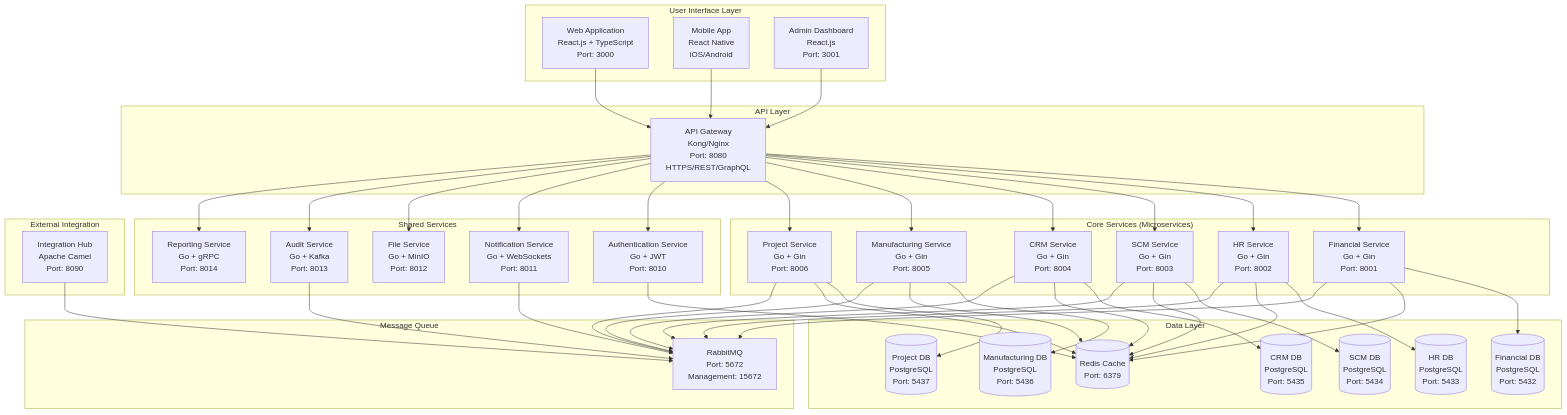
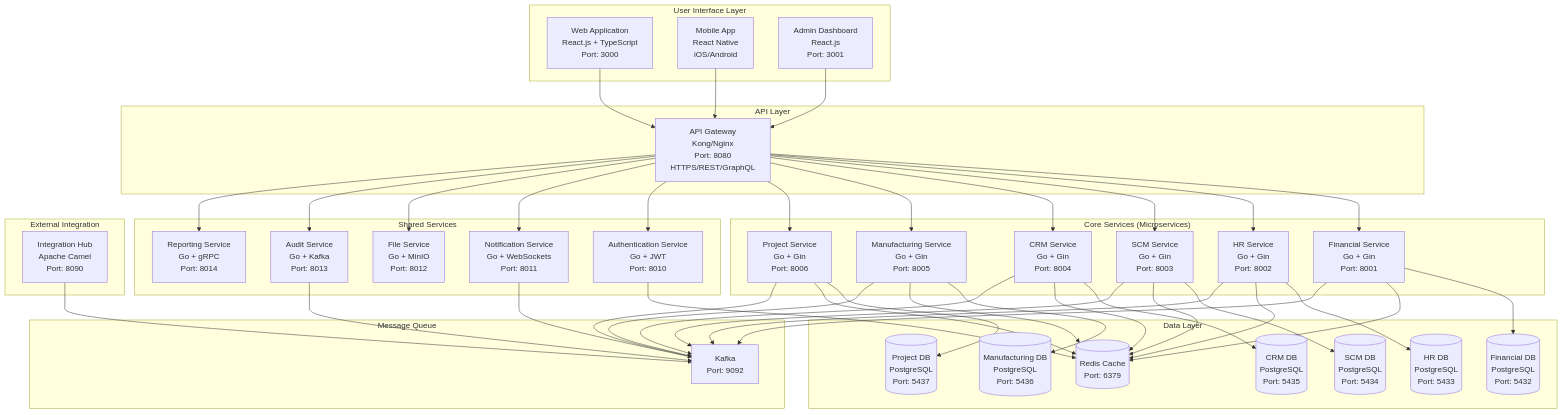
The second of 5 diagrams in documentation/3_architecture/system_architecture.md (barbarnyarnyar/erp-system), drawn with Mermaid before and after one commit. The commit also changed 35 other files, not shown here.

```diff
--- a/documentation/3_architecture/system_architecture.md
+++ b/documentation/3_architecture/system_architecture.md
@@ -161,7 +161,7 @@
     end
     
     subgraph "Message Queue"
-        MQ[RabbitMQ<br/>Port: 5672<br/>Management: 15672]
+        MQ[Kafka<br/>Port: 9092]
     end
     
     subgraph "External Integration"
```
